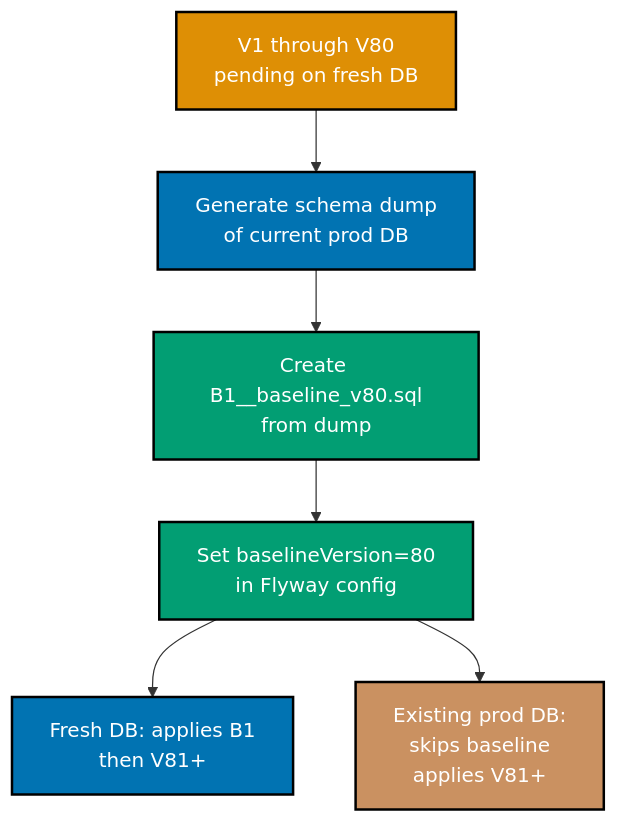
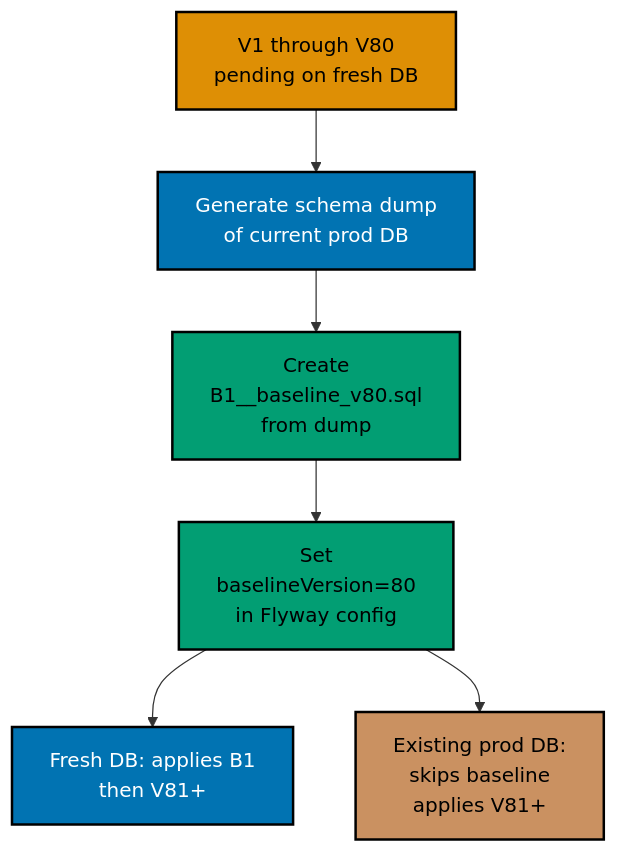
The ninth of 9 diagrams in apps/ayokoding-www/content/en/learn/legacy/software-engineering/data/tools/kotlin-flyway/by-example/advanced.md (wahidyankf/ose-public), drawn with Mermaid before and after one commit. The commit also changed other lines of this file and 131 other files, not shown here.

First line of the commit message:
fix(mermaid): bring the legacy data, infrastructure, and testing diagrams onto the accessible palette

````diff
--- a/apps/ayokoding-www/content/en/learn/legacy/software-engineering/data/tools/kotlin-flyway/by-example/advanced.md
+++ b/apps/ayokoding-www/content/en/learn/legacy/software-engineering/data/tools/kotlin-flyway/by-example/advanced.md
@@ -1409,20 +1433,23 @@
 ```mermaid
 %% Color Palette: Blue #0173B2, Orange #DE8F05, Teal #029E73, Purple #CC78BC, Brown #CA9161
 %% Migration squashing process
 graph TD
-    A["V1 through V80\npending on fresh DB"]:::orange
-    B["Generate schema dump\nof current prod DB"]:::blue
-    C["Create B1__baseline_v80.sql\nfrom dump"]:::teal
-    D["Set baselineVersion=80\nin Flyway config"]:::teal
-    E["Fresh DB: applies B1\nthen V81+"]:::blue
-    F["Existing prod DB:\nskips baseline\napplies V81+"]:::brown
+    accTitle: Example 81: Migration Squashing Pattern
+    accDescr: Graph with 6 nodes and 5 connections. Nodes: V1 through V80 pending on fresh DB, Generate schema dump of current prod DB, Create B1__baseline_v80.sql from dump, Set baselineVersion=80 in Flyway config, Fresh DB: applies B1 then V81+, Existing prod DB: skips baseline applies V81+. Connections: V1 through V80 pending on fresh DB to Generate schema dump of current prod DB, Generate schema dump of current prod DB to Create B1__baseline_v80.sql from dump, Create B1__baseline_v80.sql from dump to Set baselineVersion=80 in Flyway config, Set baselineVersion=80 in Flyway config to Fresh DB: applies B1 then V81+, Set baselineVersion=80 in Flyway config to Existing prod DB: skips baseline applies V81+.
+    A["V1 through V80<br/>pending on fresh DB"]:::orange
+    B["Generate schema dump<br/>of current prod DB"]:::blue
+    C["Create<br/>B1__baseline_v80.sql<br/>from dump"]:::teal
+    D["Set<br/>baselineVersion=80<br/>in Flyway config"]:::teal
+    E["Fresh DB: applies B1<br/>then V81+"]:::blue
+    F["Existing prod DB:<br/>skips baseline<br/>applies V81+"]:::brown
 
     A --> B --> C --> D
     D --> E
     D --> F
 
     classDef blue fill:#0173B2,stroke:#000000,color:#FFFFFF,stroke-width:2px
-    classDef orange fill:#DE8F05,stroke:#000000,color:#FFFFFF,stroke-width:2px
-    classDef teal fill:#029E73,stroke:#000000,color:#FFFFFF,stroke-width:2px
-    classDef brown fill:#CA9161,stroke:#000000,color:#FFFFFF,stroke-width:2px
+    classDef orange fill:#DE8F05,stroke:#000000,color:#000000,stroke-width:2px
+    classDef teal fill:#029E73,stroke:#000000,color:#000000,stroke-width:2px
+    classDef brown fill:#CA9161,stroke:#000000,color:#000000,stroke-width:2px
+    classDef default fill:#FFFFFF,stroke:#000000,color:#000000
 ```
````
